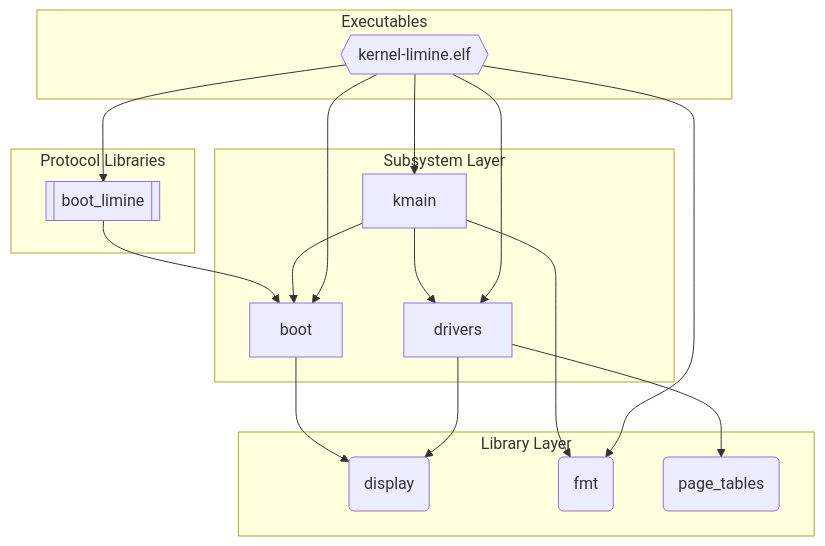
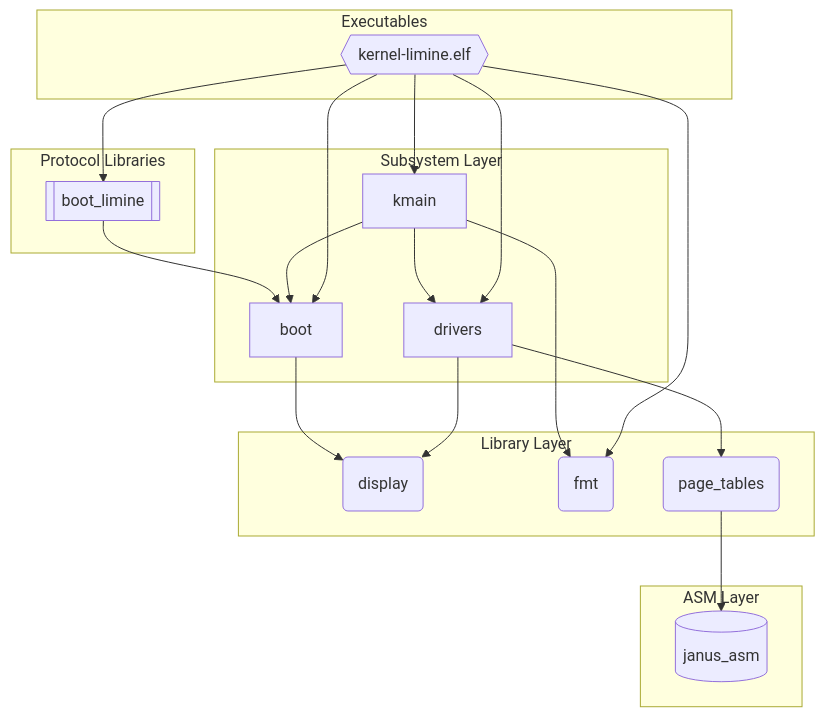
One commit to FrederikTobner/JANUS changed the diagram in docs/src/generated/deps-aarch64.md. Above: the diagram before and after it, drawn with Mermaid. The commit also changed 34 other files, not shown here.

Commit message:
inline asm layer (#19)

````diff
--- a/docs/src/generated/deps-aarch64.md
+++ b/docs/src/generated/deps-aarch64.md
@@ -3,31 +3,35 @@
 ```mermaid
 graph TD
   subgraph lib_layer["Library Layer"]
     display("display")
     fmt("fmt")
     page_tables("page_tables")
   end
   subgraph subsys_layer["Subsystem Layer"]
     boot["boot"]
     drivers["drivers"]
     kmain["kmain"]
   end
   subgraph proto_layer["Protocol Libraries"]
     boot_limine[["boot_limine"]]
   end
   subgraph exec_layer["Executables"]
     kernel_limine_elf{{"kernel-limine.elf"}}
   end
+  subgraph asm_layer["ASM Layer"]
+    janus_asm[("janus_asm")]
+  end
+  page_tables --> janus_asm
   boot --> display
   boot_limine --> boot
   drivers --> display
   drivers --> page_tables
   kmain --> drivers
   kmain --> boot
   kmain --> fmt
   kernel_limine_elf --> drivers
   kernel_limine_elf --> boot
   kernel_limine_elf --> fmt
   kernel_limine_elf --> boot_limine
   kernel_limine_elf --> kmain
 ```
````
